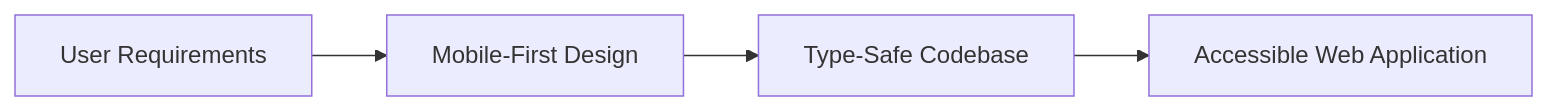
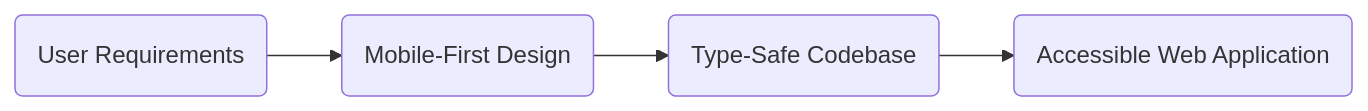
The diagram in content/01-about us/01-core-philosophy/05-conclusion.md (powerplayguy84/thestaticweb), drawn with Mermaid before and after one commit. The commit also changed 9 other files, not shown here.

First line of the commit message:
feat: expand site content, round diagram nodes, and add previews to article navigation

````diff
--- a/content/01-about us/01-core-philosophy/05-conclusion.md
+++ b/content/01-about us/01-core-philosophy/05-conclusion.md
@@ -9,6 +9,6 @@
 ```mermaid
 flowchart LR
-    A[User Requirements] --> B[Mobile-First Design]
-    B --> C[Type-Safe Codebase]
-    C --> D[Accessible Web Application]
+    A(User Requirements) --> B(Mobile-First Design)
+    B --> C(Type-Safe Codebase)
+    C --> D(Accessible Web Application)
 ```
````
